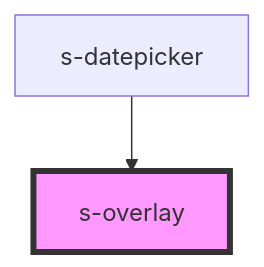
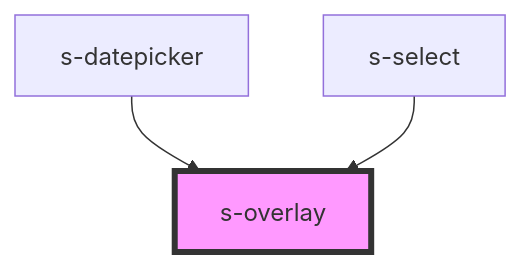
The diagram in src/components/s-overlay/readme.md (SeanWong24/s-elements), drawn with Mermaid before and after one commit. The commit also changed other lines of this file and 7 other files, not shown here.

Commit message:
use s-overlay for s-select

````diff
--- a/src/components/s-overlay/readme.md
+++ b/src/components/s-overlay/readme.md
@@ -27,5 +28,6 @@
 ```mermaid
 graph TD;
   s-datepicker --> s-overlay
+  s-select --> s-overlay
   style s-overlay fill:#f9f,stroke:#333,stroke-width:4px
 ```
````
